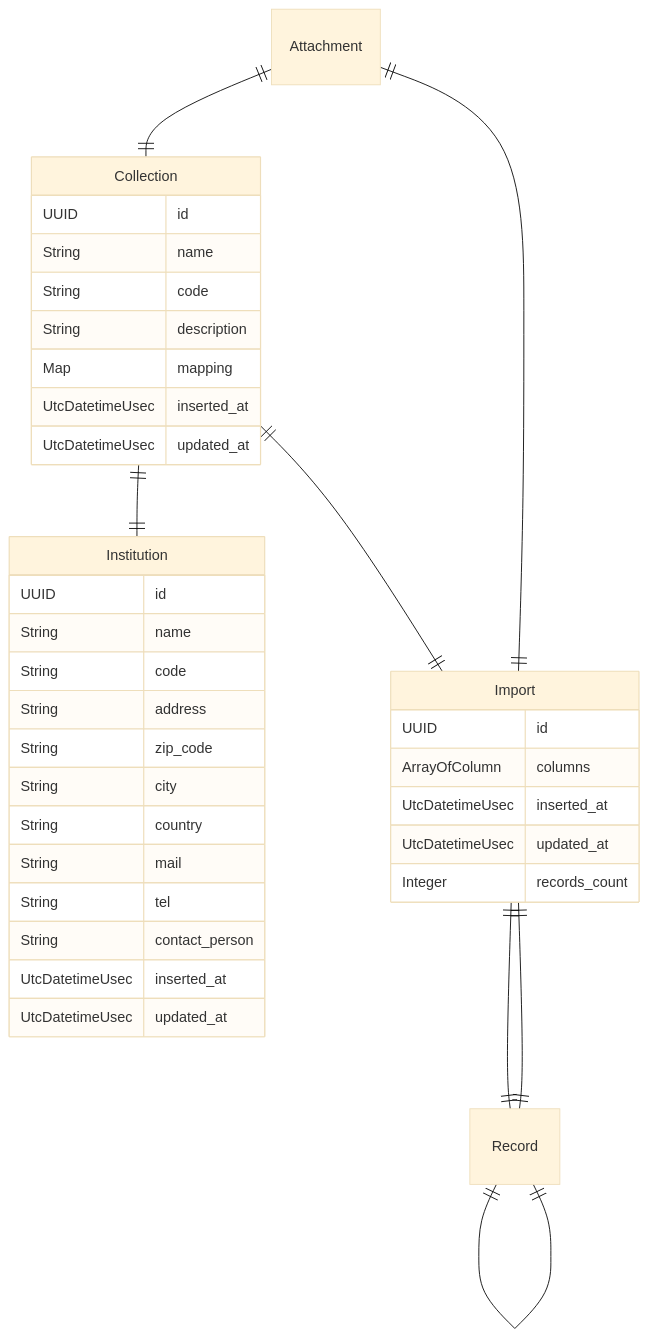
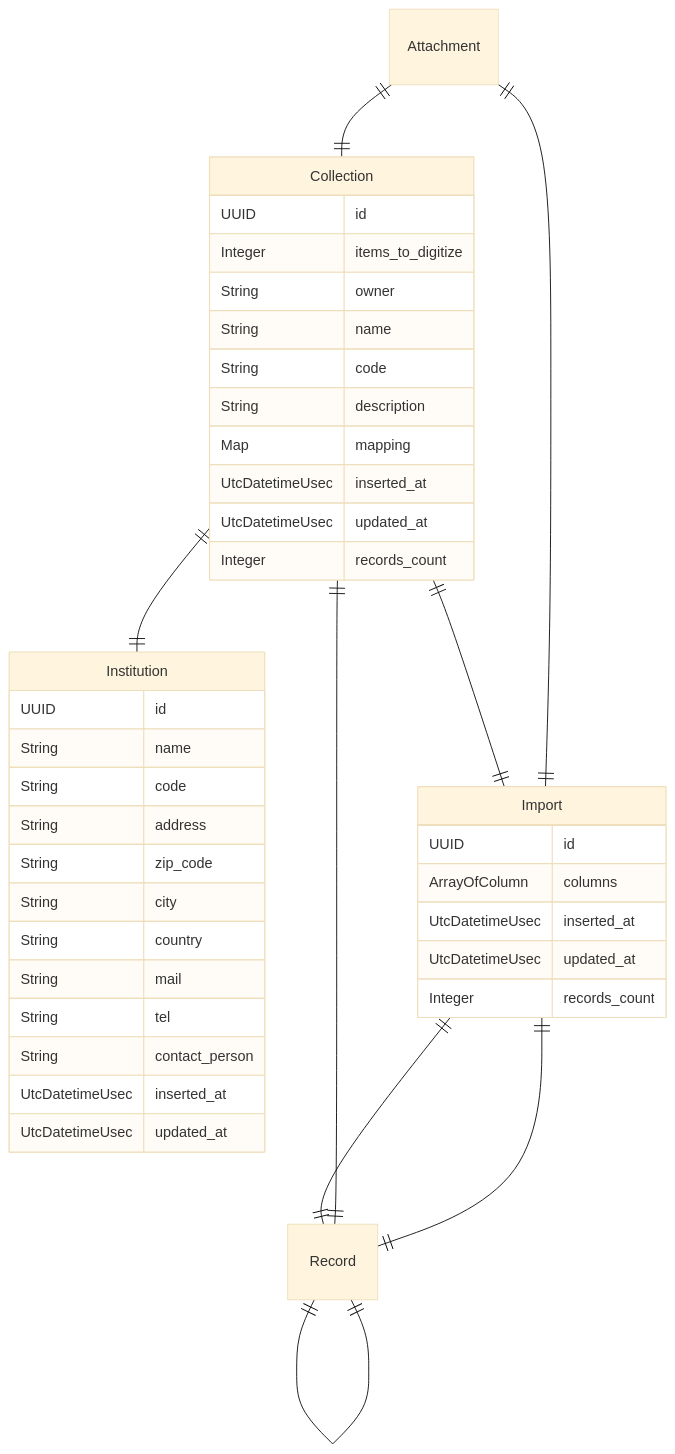
The second of 8 diagrams in docs/api.md (zebbra/data_aggregator), drawn with Mermaid (base theme) before and after one commit. The commit also changed other lines of this file and 11 other files, not shown here.

````diff
--- a/docs/api.md
+++ b/docs/api.md
@@ -80,44 +85,48 @@
 ```mermaid
 erDiagram
     Institution {
         UUID id
         String name
         String code
         String address
         String zip_code
         String city
         String country
         String mail
         String tel
         String contact_person
         UtcDatetimeUsec inserted_at
         UtcDatetimeUsec updated_at
     }
     Collection {
         UUID id
+        Integer items_to_digitize
+        String owner
         String name
         String code
         String description
         Map mapping
         UtcDatetimeUsec inserted_at
         UtcDatetimeUsec updated_at
+        Integer records_count
     }
     Import {
         UUID id
         ArrayOfColumn columns
         UtcDatetimeUsec inserted_at
         UtcDatetimeUsec updated_at
         Integer records_count
     }
     Record {
 
     }
 
+    Record ||--|| Collection : ""
     Record ||--|| Import : ""
     Record ||--|| Record : ""
     Attachment ||--|| Collection : ""
     Attachment ||--|| Import : ""
     Collection ||--|| Import : ""
     Collection ||--|| Institution : ""
     Import ||--|| Record : ""
 ```
````
